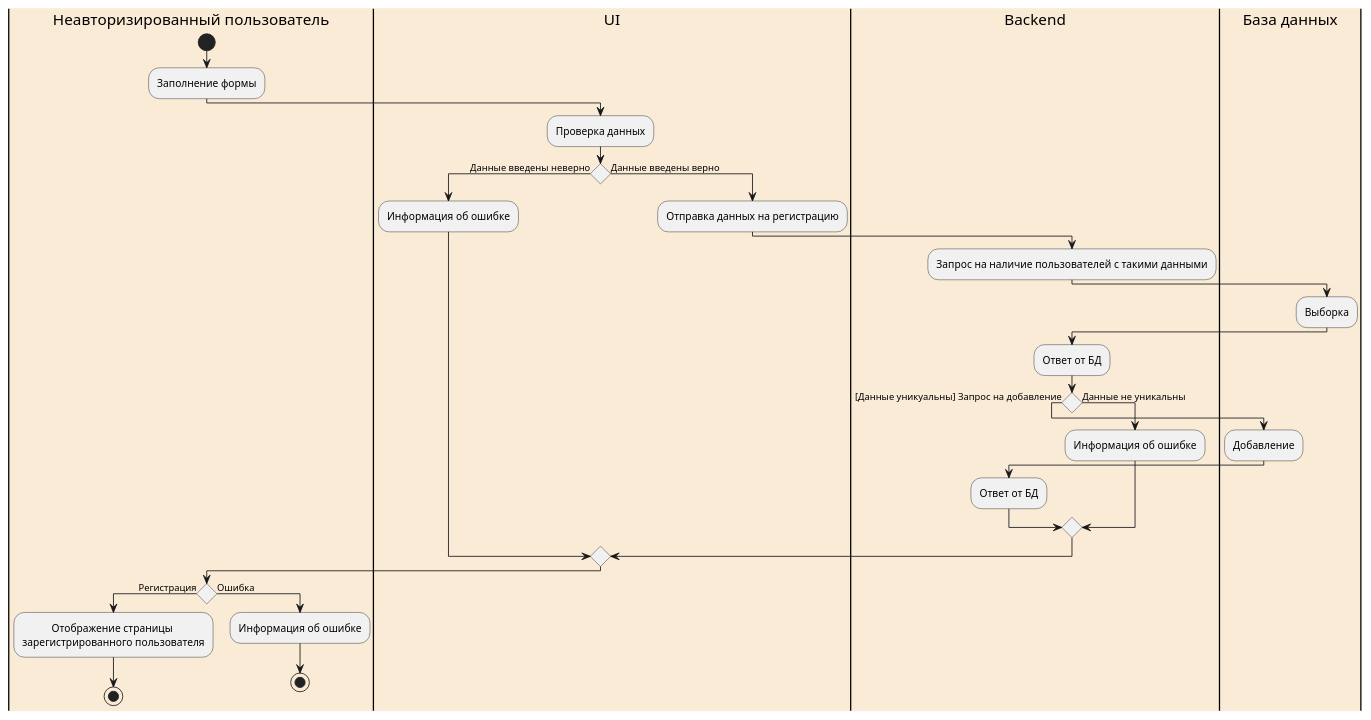
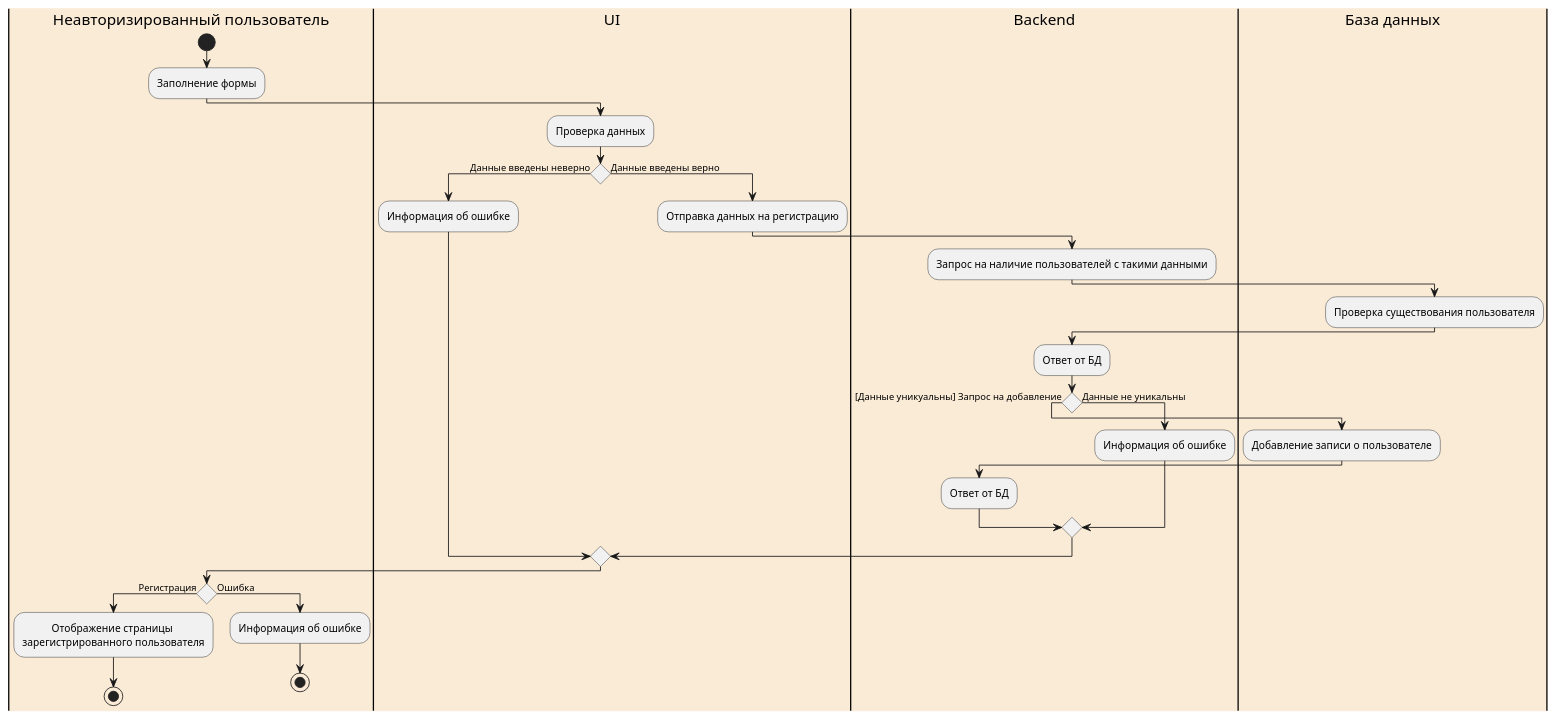
One commit to xlebec27/RGARMusic changed the diagram in docs/diagrams/ActivityRegistration.puml. Above: the diagram before and after it, drawn with PlantUML.

Commit message:
Final ActivityRegistration

```diff
--- a/docs/diagrams/ActivityRegistration.puml
+++ b/docs/diagrams/ActivityRegistration.puml
@@ -1,37 +1,37 @@
 @startuml
 
 |#AntiqueWhite|Неавторизированный пользователь|
 start
 :Заполнение формы;
 |#AntiqueWhite|UI|
 :Проверка данных;
 if() then (Данные введены неверно)
 :Информация об ошибке;
 else (Данные введены верно)
 :Отправка данных на регистрацию;
 |#AntiqueWhite|Backend|
 :Запрос на наличие пользователей с такими данными;
 |#AntiqueWhite|База данных|
-:Выборка;
+:Проверка существования пользователя;
 |#AntiqueWhite|Backend|
 :Ответ от БД;
 if() then ([Данные уникуальны] Запрос на добавление)
 |#AntiqueWhite|База данных|
-:Добавление;
+:Добавление записи о пользователе;
 |#AntiqueWhite|Backend|
 :Ответ от БД;
 else (Данные не уникальны)
 :Информация об ошибке;
 endif
 |#AntiqueWhite|UI|
 endif
 |#AntiqueWhite|Неавторизированный пользователь|
 if() then (Регистрация)
 :           Отображение страницы
 зарегистрированного пользователя;
 stop
 else(Ошибка)
 :Информация об ошибке;
 stop
 
 @enduml
```
